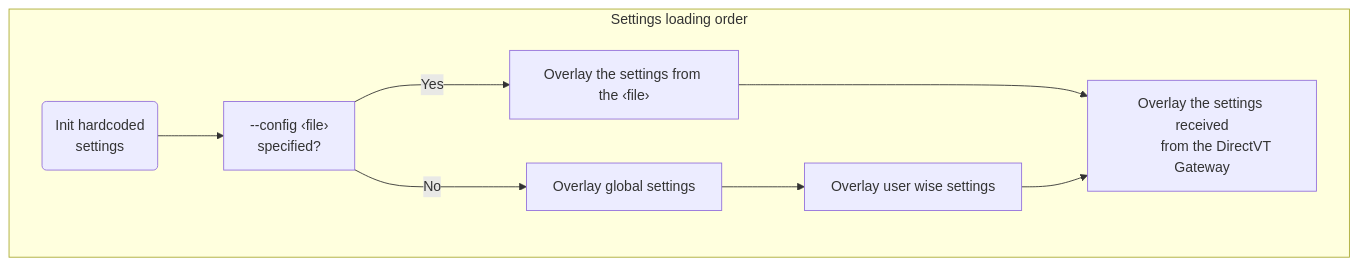
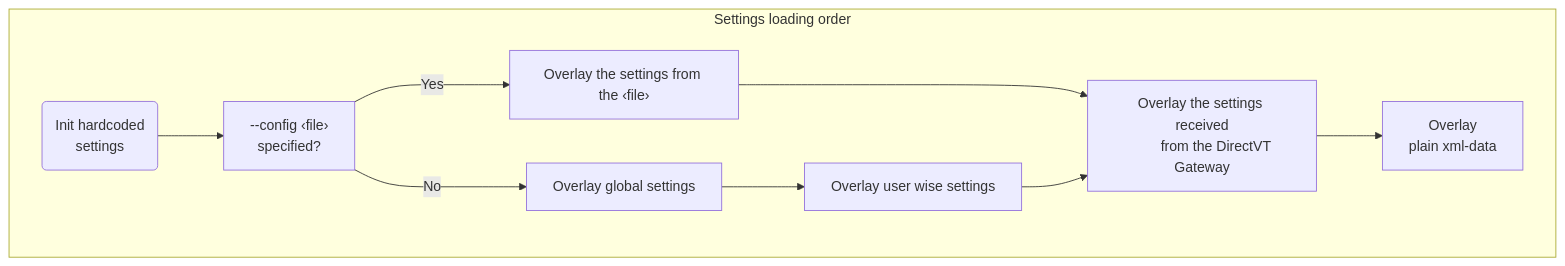
One commit to directvt/vtm changed the diagram in doc/settings.md. Above: the diagram before and after it, drawn with Mermaid. The commit also changed other lines of this file and 11 other files, not shown here.

````diff
--- a/doc/settings.md
+++ b/doc/settings.md
@@ -3,16 +3,18 @@
 ```mermaid
 graph LR
     subgraph Settings loading order
     direction LR
         B("Init hardcoded
         settings")
         B --> C["--config ‹file›
         specified?"]
         C -->|Yes| D["Overlay the settings from the ‹file›"]
         C --->|No| F["Overlay global settings"]
         F --> G["Overlay user wise settings"]
         D ---> H["Overlay the settings received
         from the DirectVT Gateway"]
         G --> H
+        H --> O[Overlay
+        plain xml-data]
     end
 ```
````
